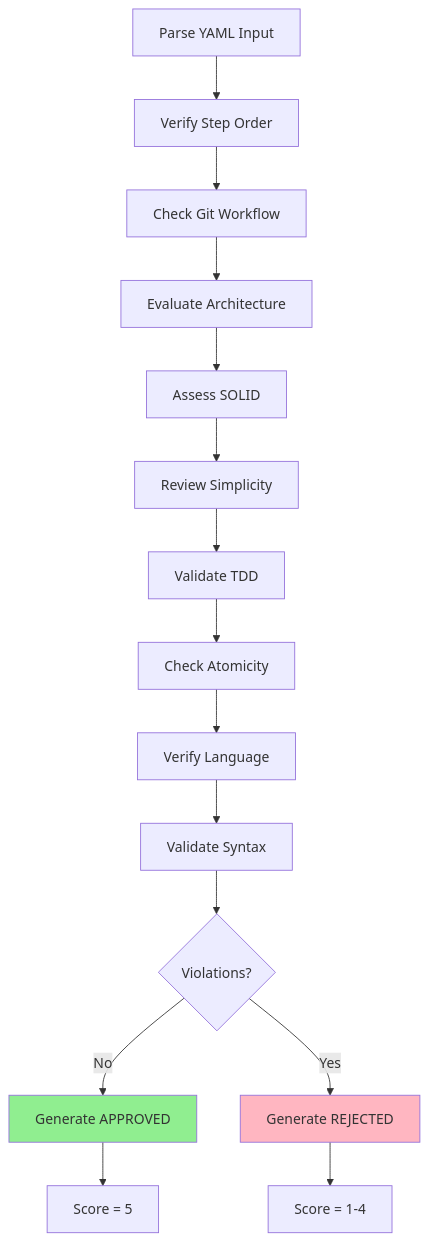
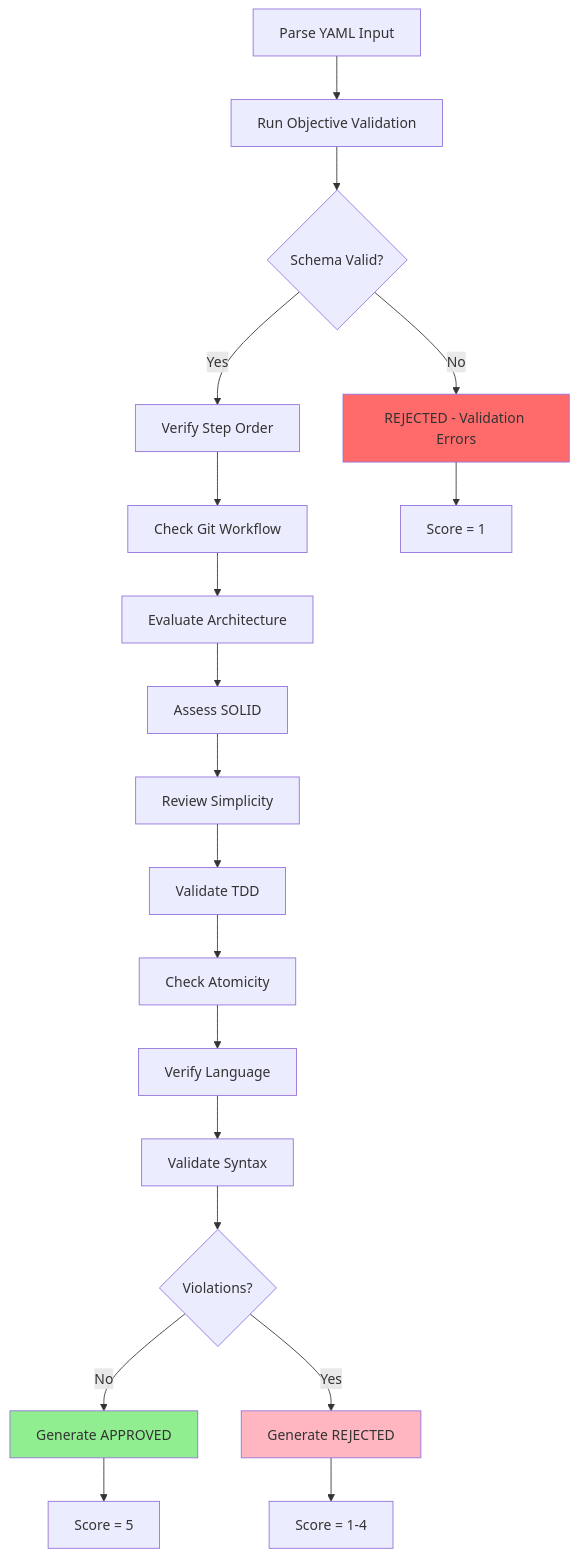
The diagram in .claude/commands/05-evaluate-layer-results.md (thiagobutignon/spec-kit-clean-archicteture), drawn with Mermaid before and after one commit. The commit also changed other lines of this file and 1 other file, not shown here.

First line of the commit message:
fix: /05-evaluate-layer-results now calls validate-template.ts (LLM validating LLM fix) (#121)

````diff
--- a/.claude/commands/05-evaluate-layer-results.md
+++ b/.claude/commands/05-evaluate-layer-results.md
@@ -184,19 +184,24 @@
 ```mermaid
 graph TD
-    A[Parse YAML Input] --> B[Verify Step Order]
-    B --> C[Check Git Workflow]
-    C --> D[Evaluate Architecture]
-    D --> E[Assess SOLID]
-    E --> F[Review Simplicity]
-    F --> G[Validate TDD]
-    G --> H[Check Atomicity]
-    H --> I[Verify Language]
-    I --> J[Validate Syntax]
-    J --> K{Violations?}
-    K -->|No| L[Generate APPROVED]
-    K -->|Yes| M[Generate REJECTED]
-    L --> N[Score = 5]
-    M --> O[Score = 1-4]
-    style L fill:#90EE90
-    style M fill:#FFB6C1
+    A[Parse YAML Input] --> B[Run Objective Validation]
+    B --> C{Schema Valid?}
+    C -->|No| Z[REJECTED - Validation Errors]
+    C -->|Yes| D[Verify Step Order]
+    D --> E[Check Git Workflow]
+    E --> F[Evaluate Architecture]
+    F --> G[Assess SOLID]
+    G --> H[Review Simplicity]
+    H --> I[Validate TDD]
+    I --> J[Check Atomicity]
+    J --> K[Verify Language]
+    K --> L[Validate Syntax]
+    L --> M{Violations?}
+    M -->|No| N[Generate APPROVED]
+    M -->|Yes| O[Generate REJECTED]
+    N --> P[Score = 5]
+    O --> Q[Score = 1-4]
+    Z --> R[Score = 1]
+    style N fill:#90EE90
+    style O fill:#FFB6C1
+    style Z fill:#FF6B6B
 ```
````
